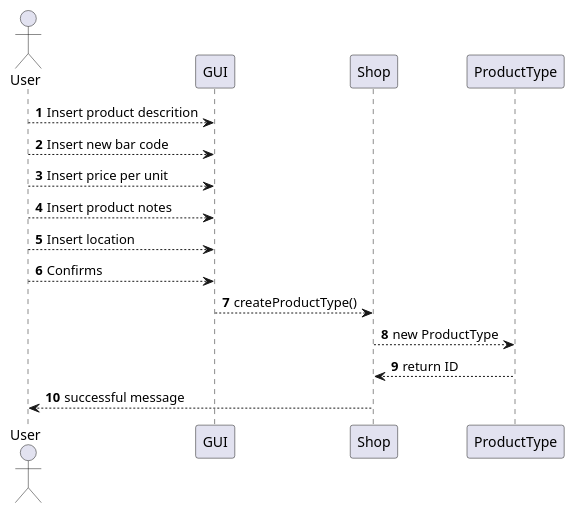
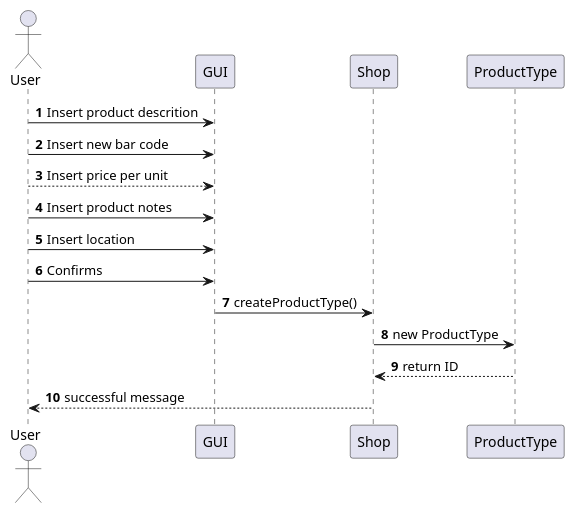
Before and after one commit to Stormz4/group20-EzShop: the fourth of 23 diagrams in Deliverables/DesignDocument.md, drawn with PlantUML. The commit also changed other lines of this file, not shown here.

Commit message:
Doc: fixing seq diaf arrows.

````diff
--- a/Deliverables/DesignDocument.md
+++ b/Deliverables/DesignDocument.md
@@ -319,16 +319,16 @@
 ```plantuml
 @startuml
 Actor User
 autonumber
-User --> GUI: Insert product descrition
-User --> GUI: Insert new bar code
+User -> GUI: Insert product descrition
+User -> GUI: Insert new bar code
 User --> GUI: Insert price per unit
-User --> GUI: Insert product notes
-User --> GUI: Insert location
-User --> GUI: Confirms
-GUI --> Shop: createProductType()
-Shop --> ProductType : new ProductType
+User -> GUI: Insert product notes
+User -> GUI: Insert location
+User -> GUI: Confirms
+GUI -> Shop: createProductType()
+Shop -> ProductType : new ProductType
 ProductType --> Shop : return ID
 Shop --> User : successful message
 @enduml
 ```
````
